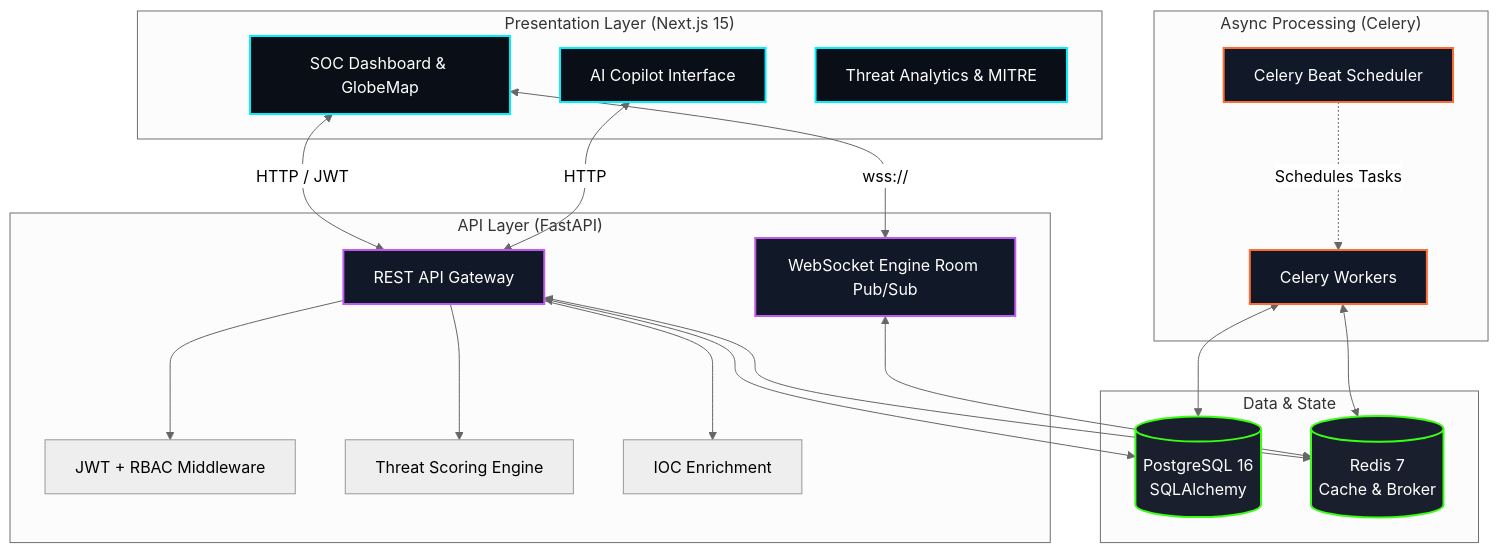
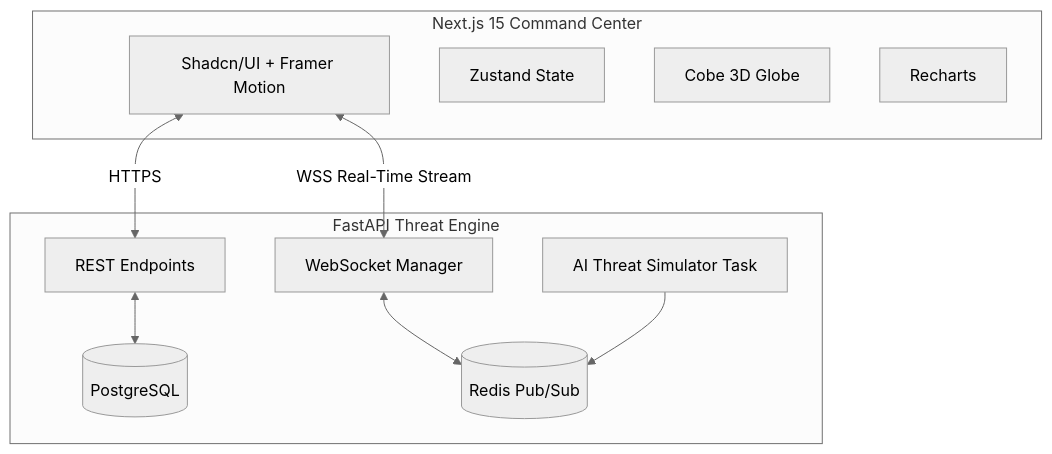
One commit to sivadst/CyberOracle changed the diagram in README.md. Above: the diagram before and after it, drawn with Mermaid (neutral theme). The commit also changed other lines of this file, not shown here.

Commit message:
docs: overhaul README with simplified layout, updated architecture diagram, and streamlined installation steps

````diff
--- a/README.md
+++ b/README.md
@@ -47,46 +36,23 @@
 ```mermaid
 graph TD
-    %% Styling
-    classDef frontend fill:#0a0e17,stroke:#00f0ff,stroke-width:2px,color:#fff;
-    classDef backend fill:#111827,stroke:#bf5af2,stroke-width:2px,color:#fff;
-    classDef data fill:#1a1f2e,stroke:#39ff14,stroke-width:2px,color:#fff;
-    classDef workers fill:#111827,stroke:#ff6b35,stroke-width:2px,color:#fff;
-
-    subgraph "Presentation Layer (Next.js 15)"
-        UI[SOC Dashboard & GlobeMap]:::frontend
-        Copilot[AI Copilot Interface]:::frontend
-        Analytics[Threat Analytics & MITRE]:::frontend
+    subgraph Frontend [Next.js 15 Command Center]
+        UI[Shadcn/UI + Framer Motion]
+        Store[Zustand State]
+        Map[Cobe 3D Globe]
+        Charts[Recharts]
     end
 
-    subgraph "API Layer (FastAPI)"
-        Gateway[REST API Gateway]:::backend
-        WS[WebSocket Engine Room Pub/Sub]:::backend
-        
-        Gateway --> Auth[JWT + RBAC Middleware]
-        Gateway --> ML[Threat Scoring Engine]
-        Gateway --> Intelligence[IOC Enrichment]
+    subgraph Backend [FastAPI Threat Engine]
+        WS[WebSocket Manager]
+        Sim[AI Threat Simulator Task]
+        API[REST Endpoints]
+        DB[(PostgreSQL)]
+        Cache[(Redis Pub/Sub)]
     end
 
-    subgraph "Async Processing (Celery)"
-        Beat[Celery Beat Scheduler]:::workers
-        Worker[Celery Workers]:::workers
-        Beat -.->|Schedules Tasks| Worker
-    end
-
-    subgraph "Data & State"
-        PG[(PostgreSQL 16\nSQLAlchemy)]:::data
-        Redis[(Redis 7\nCache & Broker)]:::data
-    end
-
-    %% Connections
-    UI <-->|HTTP / JWT| Gateway
-    UI <-->|wss://| WS
-    Copilot <-->|HTTP| Gateway
-    
-    Gateway <--> PG
-    Gateway <--> Redis
-    WS <--> Redis
-    
-    Worker <--> PG
-    Worker <--> Redis
+    UI <-->|HTTPS| API
+    UI <-->|WSS Real-Time Stream| WS
+    WS <--> Cache
+    Sim --> Cache
+    API <--> DB
 ```
````
